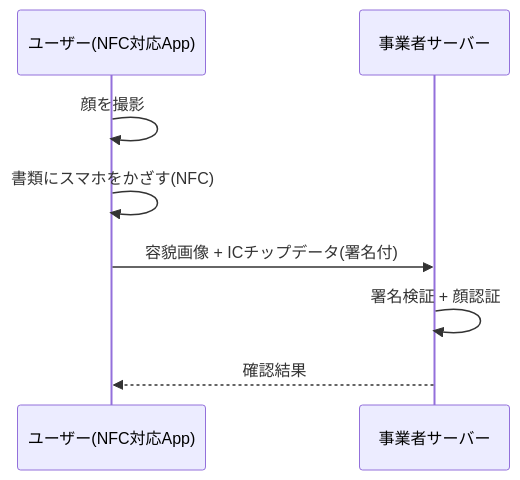
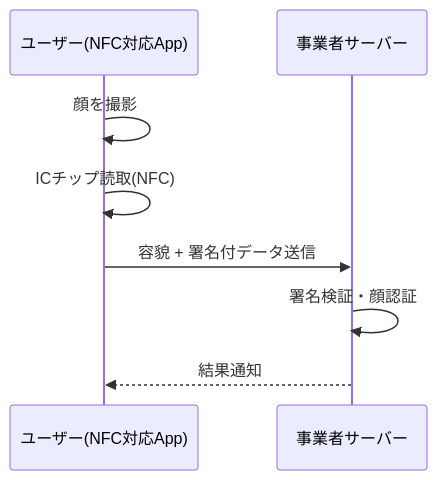
Before and after one commit to CiderH2CO3/study-hanshuho: the sixth of 18 diagrams in hanshuho.md, drawn with Mermaid. The commit also changed other lines of this file and 1 other file, not shown here.

````diff
--- a/hanshuho.md
+++ b/hanshuho.md
@@ -291,10 +297,10 @@
 ```mermaid
 sequenceDiagram
     participant User as ユーザー(NFC対応App)
     participant Server as 事業者サーバー
     User->>User: 顔を撮影
-    User->>User: 書類にスマホをかざす(NFC)
-    User->>Server: 容貌画像 + ICチップデータ(署名付)
-    Server->>Server: 署名検証 + 顔認証
-    Server-->>User: 確認結果
+    User->>User: ICチップ読取(NFC)
+    User->>Server: 容貌 + 署名付データ送信
+    Server->>Server: 署名検証・顔認証
+    Server-->>User: 結果通知
 ```
````
